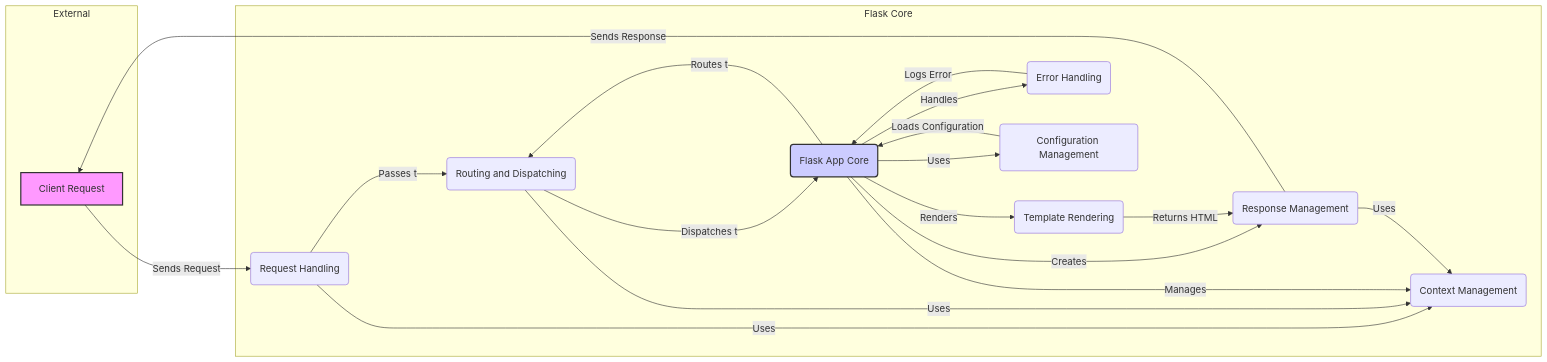
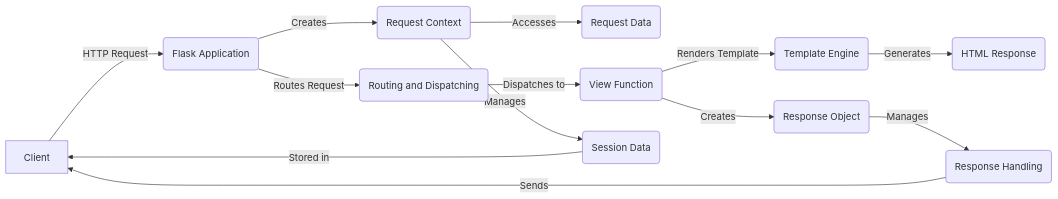
Before and after one commit to CodeBoarding/GeneratedOnBoardings: the diagram in flask/on_boarding.md, drawn with Mermaid. The commit also changed other lines of this file and 5 other files, not shown here.

````diff
--- a/flask/on_boarding.md
+++ b/flask/on_boarding.md
@@ -9,36 +5,21 @@
 ```mermaid
 graph LR
-    subgraph "External"
-        A[Client Request]
-    end
+    A[Client] -- HTTP Request --> B(Flask Application)
+    B -- Creates --> C(Request Context)
+    C -- Accesses --> D(Request Data)
+    B -- Routes Request --> E(Routing and Dispatching)
+    E -- Dispatches to --> F(View Function)
+    F -- Renders Template --> G(Template Engine)
+    G -- Generates --> H(HTML Response)
+    F -- Creates --> I(Response Object)
+    I -- Manages --> J(Response Handling)
+    J -- Sends --> A
+    C -- Manages --> K(Session Data)
+    K -- Stored in --> A
 
-    subgraph "Flask Core"
-        B(Request Handling)
-        C(Routing and Dispatching)
-        D(Context Management)
-        E(Flask App Core)
-        F(Response Management)
-        G(Template Rendering)
-        H(Error Handling)
-        I(Configuration Management)
-    end
-
-    A--Sends Request-->B
-    B--Uses-->D
-    B--Passes to-->C
-    C--Uses-->D
-    C--Dispatches to-->E
-    E--Manages-->D
-    E--Uses-->I
-    E--Handles-->H
-    E--Routes to-->C
-    E--Renders-->G
-    E--Creates-->F
-    G--Returns HTML-->F
-    F--Uses-->D
-    F--Sends Response-->A
-    H--Logs Error-->E
-    I--Loads Configuration-->E
-    style A fill:#f9f,stroke:#333,stroke-width:2px
-    style E fill:#ccf,stroke:#333,stroke-width:2px
+click B href "https://github.com/CodeBoarding/GeneratedOnBoardings/blob/main/flask//Flask Application.md"
+click C href "https://github.com/CodeBoarding/GeneratedOnBoardings/blob/main/flask//Request Context.md"
+click E href "https://github.com/CodeBoarding/GeneratedOnBoardings/blob/main/flask//Routing and Dispatching.md"
+click G href "https://github.com/CodeBoarding/GeneratedOnBoardings/blob/main/flask//Template Engine.md"
+click J href "https://github.com/CodeBoarding/GeneratedOnBoardings/blob/main/flask//Response Handling.md"
 ```
````
